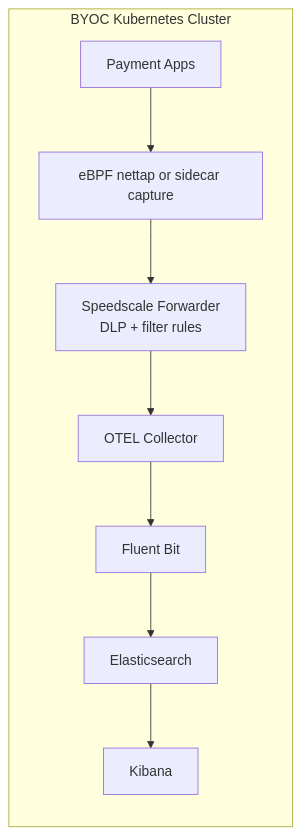
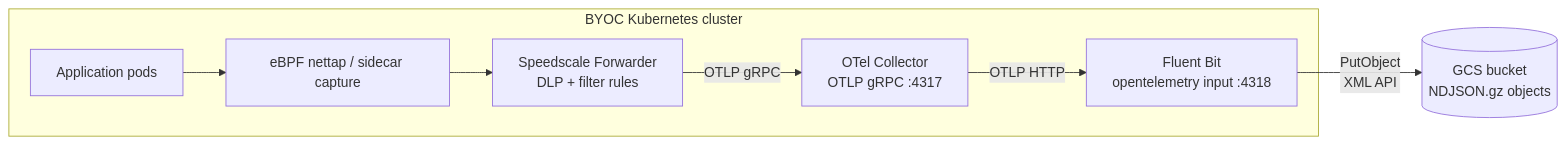
The diagram in reference-architectures/fluent-bit/README.md (speedscale/demo), drawn with Mermaid before and after one commit. The commit also changed other lines of this file and 12 other files, not shown here.

First line of the commit message:
feat(fluent-bit): pivot scenario to GCS data-lake archive (#154)

````diff
--- a/reference-architectures/fluent-bit/README.md
+++ b/reference-architectures/fluent-bit/README.md
@@ -7,14 +13,16 @@
 ```mermaid
 flowchart LR
-  subgraph K8s[BYOC Kubernetes Cluster]
-    Apps[Payment Apps]
-    Cap[eBPF nettap or sidecar capture]
-    Fwd[Speedscale Forwarder\nDLP + filter rules]
-    OTel[OTEL Collector]
-    FB[Fluent Bit]
-    ES[Elasticsearch]
-    Kibana[Kibana]
+  subgraph K8s[BYOC Kubernetes cluster]
+    Apps[Application pods]
+    Cap[eBPF nettap / sidecar capture]
+    Fwd[Speedscale Forwarder<br/>DLP + filter rules]
+    OTel[OTel Collector<br/>OTLP gRPC :4317]
+    FB[Fluent Bit<br/>opentelemetry input :4318]
   end
+  GCS[(GCS bucket<br/>NDJSON.gz objects)]
 
-  Apps --> Cap --> Fwd --> OTel --> FB --> ES --> Kibana
+  Apps --> Cap --> Fwd
+  Fwd -->|OTLP gRPC| OTel
+  OTel -->|OTLP HTTP| FB
+  FB -->|PutObject<br/>XML API| GCS
 ```
````
